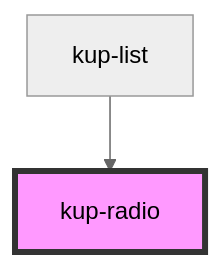
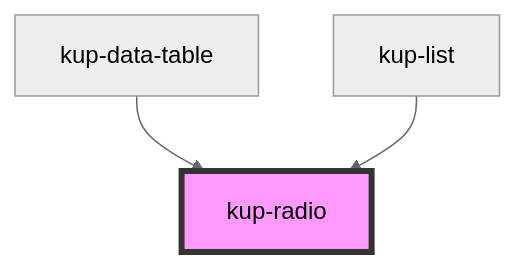
Before and after one commit to smeup/ketchup: the diagram in packages/ketchup/src/components/kup-radio/readme.md, drawn with Mermaid (neutral theme). The commit also changed other lines of this file and 6 other files, not shown here.

````diff
--- a/packages/ketchup/src/components/kup-radio/readme.md
+++ b/packages/ketchup/src/components/kup-radio/readme.md
@@ -48,5 +49,6 @@
 ```mermaid
 graph TD;
+  kup-data-table --> kup-radio
   kup-list --> kup-radio
   style kup-radio fill:#f9f,stroke:#333,stroke-width:4px
 ```
````
